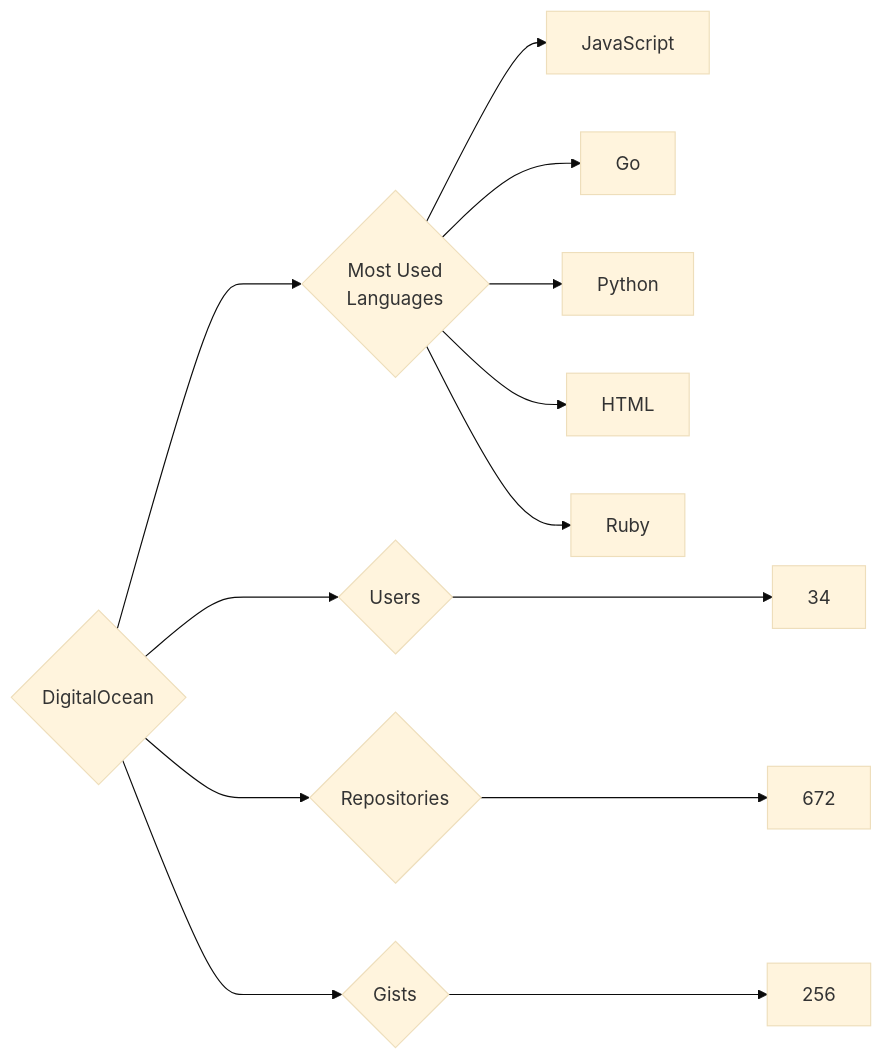
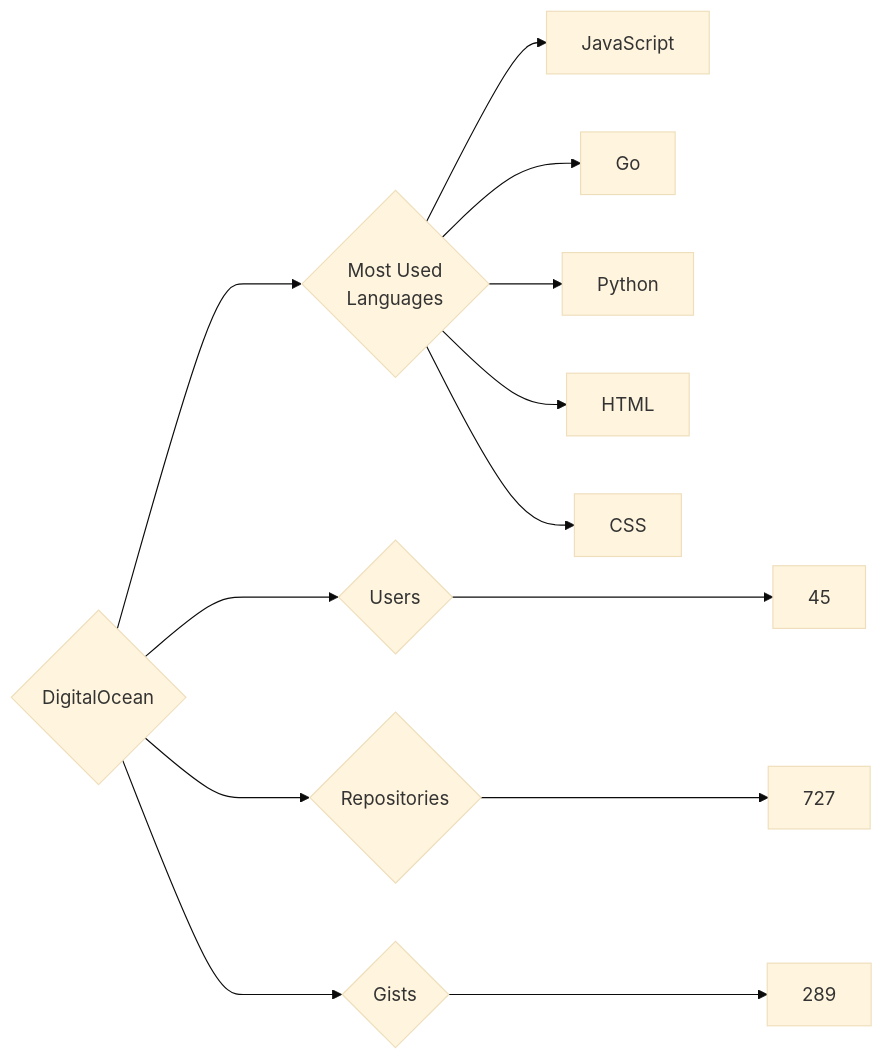
The diagram in targets/DigitalOcean/README.md (trickest/insiders), drawn with Mermaid (base theme) before and after one commit. The commit also changed 1084 other files, not shown here.

````diff
--- a/targets/DigitalOcean/README.md
+++ b/targets/DigitalOcean/README.md
@@ -3,13 +3,13 @@
 ```mermaid
 graph LR
 COMPANY_NAME{DigitalOcean}
-COMPANY_NAME ---> U{Users} ---> UN[34]
-COMPANY_NAME ---> R{Repositories} ---> RN[672]
-COMPANY_NAME ---> G{Gists} ---> GN[256]
+COMPANY_NAME ---> U{Users} ---> UN[45]
+COMPANY_NAME ---> R{Repositories} ---> RN[727]
+COMPANY_NAME ---> G{Gists} ---> GN[289]
 COMPANY_NAME ---> ML{Most Used<br>Languages}
 ML --> JavaScript[JavaScript]
 ML --> Go[Go]
 ML --> Python[Python]
 ML --> HTML[HTML]
-ML --> Ruby[Ruby]
+ML --> CSS[CSS]
 ```
````
